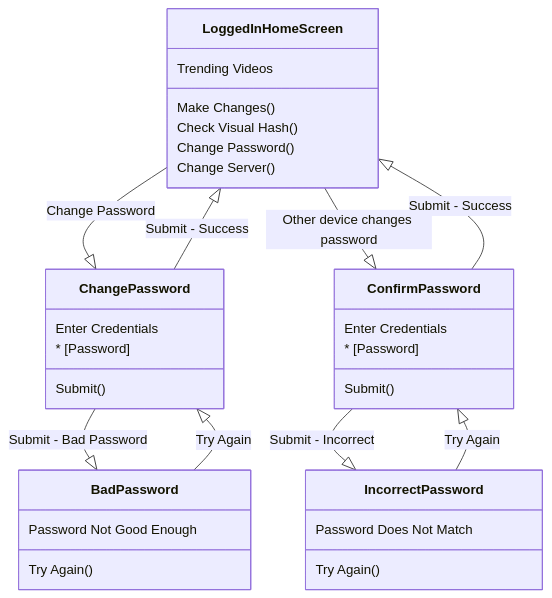
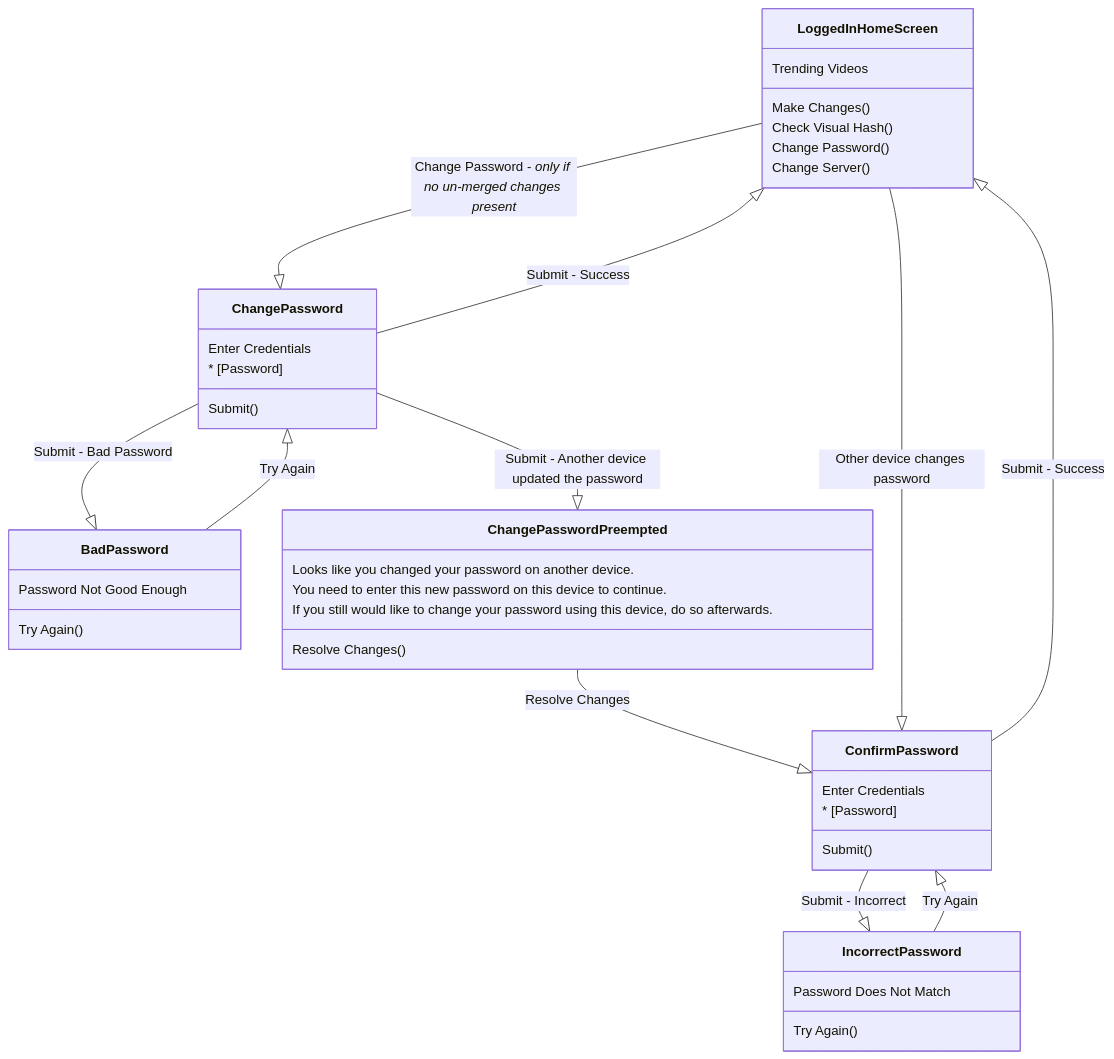
Before and after one commit to orblivion/lbry-wallet-sync-draft: the fifth of 6 diagrams in spec/user-flows.md, drawn with Mermaid. The commit also changed other lines of this file and 6 other files, not shown here.

Commit message:
User Flow - deal with one type of password conflict

````diff
--- a/spec/user-flows.md
+++ b/spec/user-flows.md
@@ -188,34 +192,41 @@
 ```mermaid
 classDiagram
 
-LoggedInHomeScreen --|> ChangePassword : Change Password
+LoggedInHomeScreen --|> ChangePassword : Change Password - *only if no un-merged changes present*
 ChangePassword --|> BadPassword : Submit - Bad Password
+ChangePassword --|> ChangePasswordPreempted : Submit - Another device updated the password
+ChangePasswordPreempted --|> ConfirmPassword : Resolve Changes
 ChangePassword --|> LoggedInHomeScreen : Submit - Success
 BadPassword --|> ChangePassword : Try Again
 
 LoggedInHomeScreen --|> ConfirmPassword : Other device changes password
 ConfirmPassword --|> IncorrectPassword : Submit - Incorrect
 ConfirmPassword --|> LoggedInHomeScreen : Submit - Success
 IncorrectPassword --|> ConfirmPassword : Try Again
 
 LoggedInHomeScreen : Trending Videos
 LoggedInHomeScreen : Make Changes()
 LoggedInHomeScreen : Check Visual Hash()
 LoggedInHomeScreen : Change Password()
 LoggedInHomeScreen : Change Server()
 
 ChangePassword : Enter Credentials
 ChangePassword : * [Password]
 ChangePassword : Submit()
 
 BadPassword : Password Not Good Enough
 BadPassword : Try Again()
 
+ChangePasswordPreempted : Looks like you changed your password on another device.
+ChangePasswordPreempted : You need to enter this new password on this device to continue.
+ChangePasswordPreempted : If you still would like to change your password using this device, do so afterwards.
+ChangePasswordPreempted : Resolve Changes()
+
 ConfirmPassword : Enter Credentials
 ConfirmPassword : * [Password]
 ConfirmPassword : Submit()
 
 IncorrectPassword : Password Does Not Match
 IncorrectPassword : Try Again()
 
 ```
````
